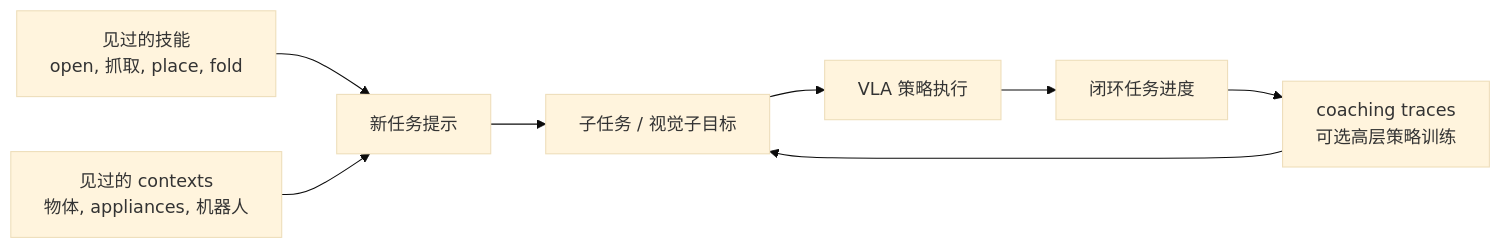
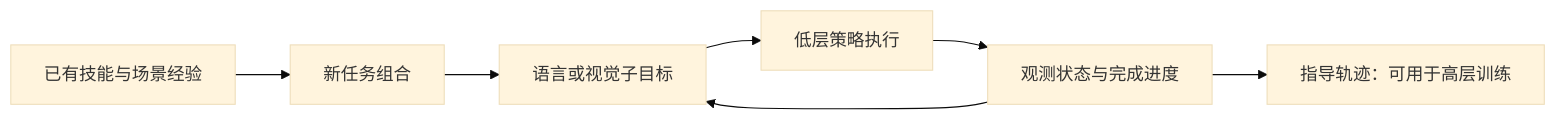
One commit to niuverse/llm-wiki changed the diagram in wiki/concepts/CompositionalGeneralizationInRobotics.md. Above: the diagram before and after it, drawn with Mermaid (base theme). The commit also changed other lines of this file and 317 other files, not shown here.

````diff
--- a/wiki/concepts/CompositionalGeneralizationInRobotics.md
+++ b/wiki/concepts/CompositionalGeneralizationInRobotics.md
@@ -46,10 +45,9 @@
 ```mermaid
 flowchart LR
-  A["见过的技能<br/>open, 抓取, place, fold"] --> C["新任务提示"]
-  B["见过的 contexts<br/>物体, appliances, 机器人"] --> C
-  C --> D["子任务 / 视觉子目标"]
-  D --> E["VLA 策略执行"]
-  E --> F["闭环任务进度"]
-  F --> G["coaching traces<br/>可选高层策略训练"]
-  G --> D
+  A["已有技能与场景经验"] --> B["新任务组合"]
+  B --> C["语言或视觉子目标"]
+  C --> D["低层策略执行"]
+  D --> E["观测状态与完成进度"]
+  E --> C
+  E --> F["指导轨迹：可用于高层训练"]
 ```
````
